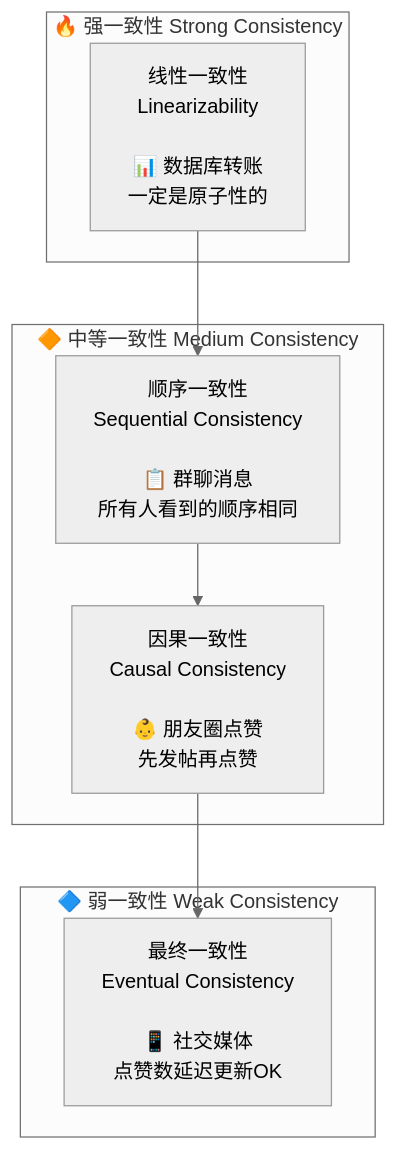
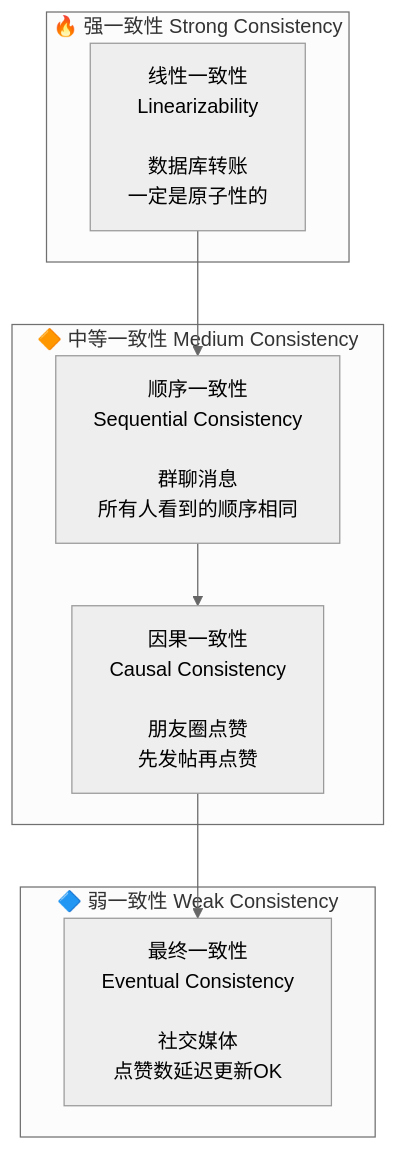
One commit to jsalessandro/lesshash changed the fourth of 4 diagrams in content/posts/distributed-02-cap-theorem.md. Above: the diagram before and after it, drawn with Mermaid (neutral theme). The commit also changed other lines of this file and 4 other files, not shown here.

Commit message:
feat: Add Mermaid support for enhanced diagram rendering in posts

````diff
--- a/content/posts/distributed-02-cap-theorem.md
+++ b/content/posts/distributed-02-cap-theorem.md
@@ -128,19 +128,19 @@
 ```mermaid
 flowchart TD
     subgraph "🔥 强一致性 Strong Consistency"
-        SC["线性一致性<br/>Linearizability<br/><br/>📊 数据库转账<br/>一定是原子性的"]
+        SC["线性一致性<br/>Linearizability<br/><br/>数据库转账<br/>一定是原子性的"]
     end
 
     subgraph "🔶 中等一致性 Medium Consistency"
-        MC1["顺序一致性<br/>Sequential Consistency<br/><br/>📋 群聊消息<br/>所有人看到的顺序相同"]
-        MC2["因果一致性<br/>Causal Consistency<br/><br/>👶 朋友圈点赞<br/>先发帖再点赞"]
+        MC1["顺序一致性<br/>Sequential Consistency<br/><br/>群聊消息<br/>所有人看到的顺序相同"]
+        MC2["因果一致性<br/>Causal Consistency<br/><br/>朋友圈点赞<br/>先发帖再点赞"]
     end
 
     subgraph "🔷 弱一致性 Weak Consistency"
-        WC["最终一致性<br/>Eventual Consistency<br/><br/>📱 社交媒体<br/>点赞数延迟更新OK"]
+        WC["最终一致性<br/>Eventual Consistency<br/><br/>社交媒体<br/>点赞数延迟更新OK"]
     end
 
     SC --> MC1
     MC1 --> MC2
     MC2 --> WC
 ```
````
